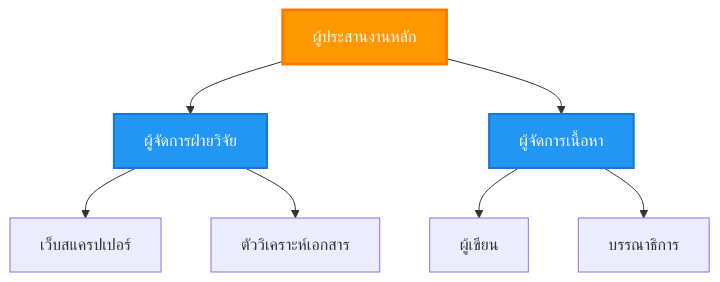
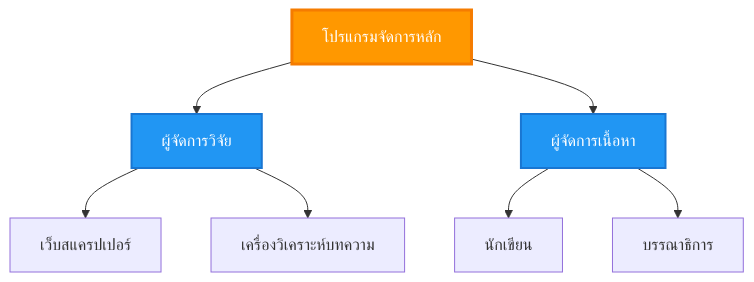
Before and after one commit to microsoft/AZD-for-beginners: the third of 6 diagrams in translations/th/docs/chapter-06-pre-deployment/coordination-patterns.md, drawn with Mermaid. The commit also changed other lines of this file and 101 other files, not shown here.

````diff
--- a/translations/th/docs/chapter-06-pre-deployment/coordination-patterns.md
+++ b/translations/th/docs/chapter-06-pre-deployment/coordination-patterns.md
@@ -150,21 +143,21 @@
 ```mermaid
 graph TB
-    Master[ผู้ประสานงานหลัก]
-    Manager1[ผู้จัดการฝ่ายวิจัย]
+    Master[โปรแกรมจัดการหลัก]
+    Manager1[ผู้จัดการวิจัย]
     Manager2[ผู้จัดการเนื้อหา]
     W1[เว็บสแครปเปอร์]
-    W2[ตัววิเคราะห์เอกสาร]
-    W3[ผู้เขียน]
+    W2[เครื่องวิเคราะห์บทความ]
+    W3[นักเขียน]
     W4[บรรณาธิการ]
     
     Master --> Manager1
     Master --> Manager2
     Manager1 --> W1
     Manager1 --> W2
     Manager2 --> W3
     Manager2 --> W4
     
     style Master fill:#FF9800,stroke:#F57C00,stroke-width:3px,color:#fff
     style Manager1 fill:#2196F3,stroke:#1976D2,stroke-width:2px,color:#fff
     style Manager2 fill:#2196F3,stroke:#1976D2,stroke-width:2px,color:#fff
 ```
````
